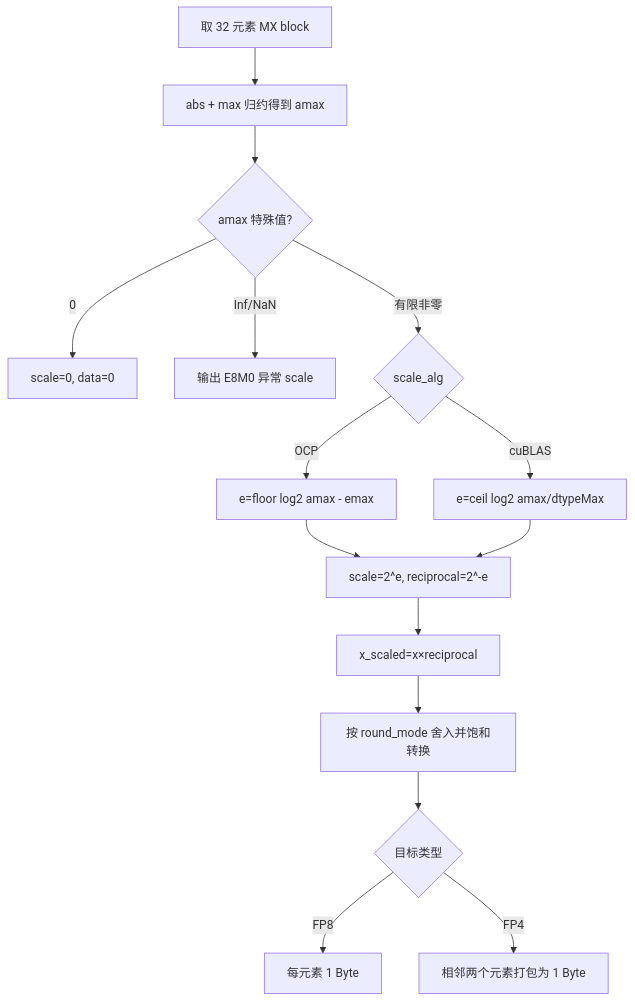
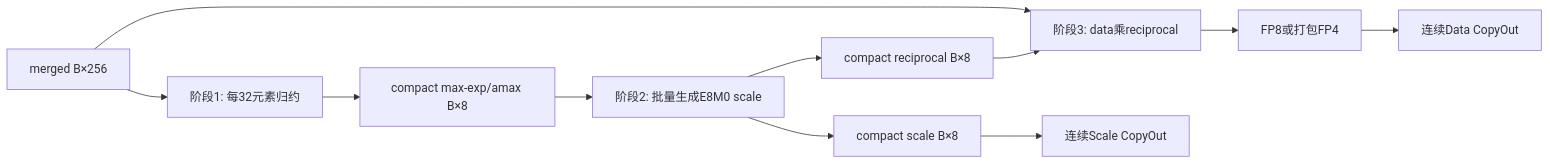
One commit to ChunnX/ops-transformer changed the tenth of 10 diagrams in attention/cla_gate_mx_quant_with_dual_axis/docs/ClaGateMxQuantWithDualAxis算子详细设计说明书.md. Above: the diagram before and after it, drawn with Mermaid. The commit also changed other lines of this file and 14 other files, not shown here.

````diff
--- a/attention/cla_gate_mx_quant_with_dual_axis/docs/ClaGateMxQuantWithDualAxis算子详细设计说明书.md
+++ b/attention/cla_gate_mx_quant_with_dual_axis/docs/ClaGateMxQuantWithDualAxis算子详细设计说明书.md
@@ -609,17 +856,13 @@
 ```mermaid
-flowchart TD
-    A[取 32 元素 MX block] --> B[abs + max 归约得到 amax]
-    B --> C{amax 特殊值?}
-    C -->|0| D[scale=0, data=0]
-    C -->|Inf/NaN| E[输出 E8M0 异常 scale]
-    C -->|有限非零| F{scale_alg}
-    F -->|OCP| G[e=floor log2 amax - emax]
-    F -->|cuBLAS| H[e=ceil log2 amax/dtypeMax]
-    G --> I[scale=2^e, reciprocal=2^-e]
-    H --> I
-    I --> J[x_scaled=x×reciprocal]
-    J --> K[按 round_mode 舍入并饱和转换]
-    K --> L{目标类型}
-    L -->|FP8| M[每元素 1 Byte]
-    L -->|FP4| N[相邻两个元素打包为 1 Byte]
+flowchart LR
+    A[merged B×256] --> B[阶段1: 每32元素归约]
+    B --> C[compact max-exp/amax B×8]
+    C --> D[阶段2: 批量生成E8M0 scale]
+    D --> E[compact scale B×8]
+    D --> F[compact reciprocal B×8]
+    A --> G[阶段3: data乘reciprocal]
+    F --> G
+    G --> H[FP8或打包FP4]
+    E --> I[连续Scale CopyOut]
+    H --> J[连续Data CopyOut]
 ```
````
